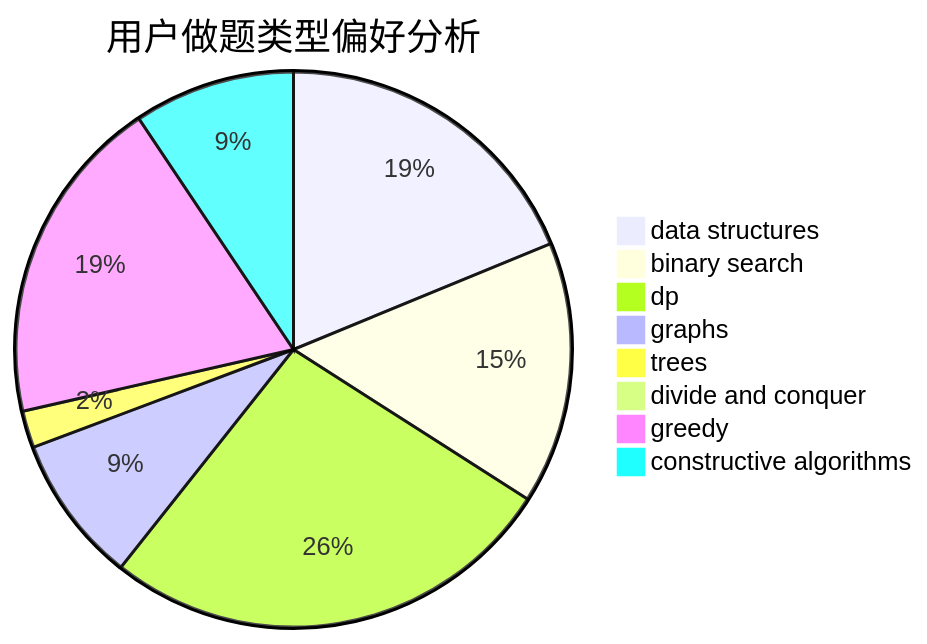
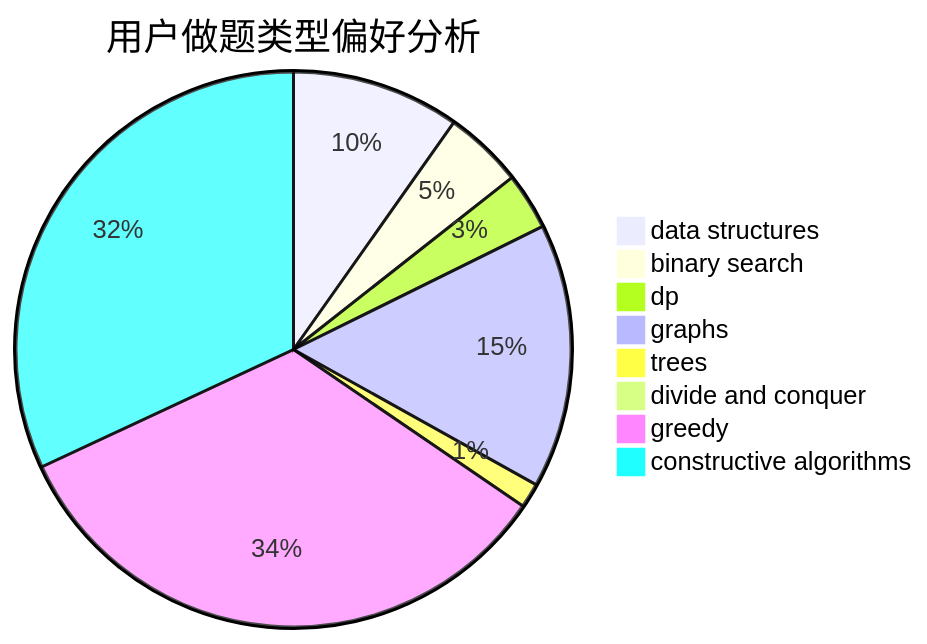
The second of 3 diagrams in docs/user/u644.md (sherpahu/cfrs.github.io), drawn with Mermaid before and after one commit. The commit also changed other lines of this file and 2770 other files, not shown here.

````diff
--- a/docs/user/u644.md
+++ b/docs/user/u644.md
@@ -23,11 +23,11 @@
 ```mermaid
 pie title 用户做题类型偏好分析
-    "data structures" :  96
-    "binary search" :  78
-    "dp" :  136
-    "graphs" :  44
-    "trees" :  11
-    "divide and conquer" :  3
-    "greedy" :  98
-    "constructive algorithms" :  48
+    "data structures" :  68
+    "binary search" :  32
+    "dp" :  23
+    "graphs" :  107
+    "trees" :  10
+    "divide and conquer" :  0
+    "greedy" :  233
+    "constructive algorithms" :  222
 ```
````
